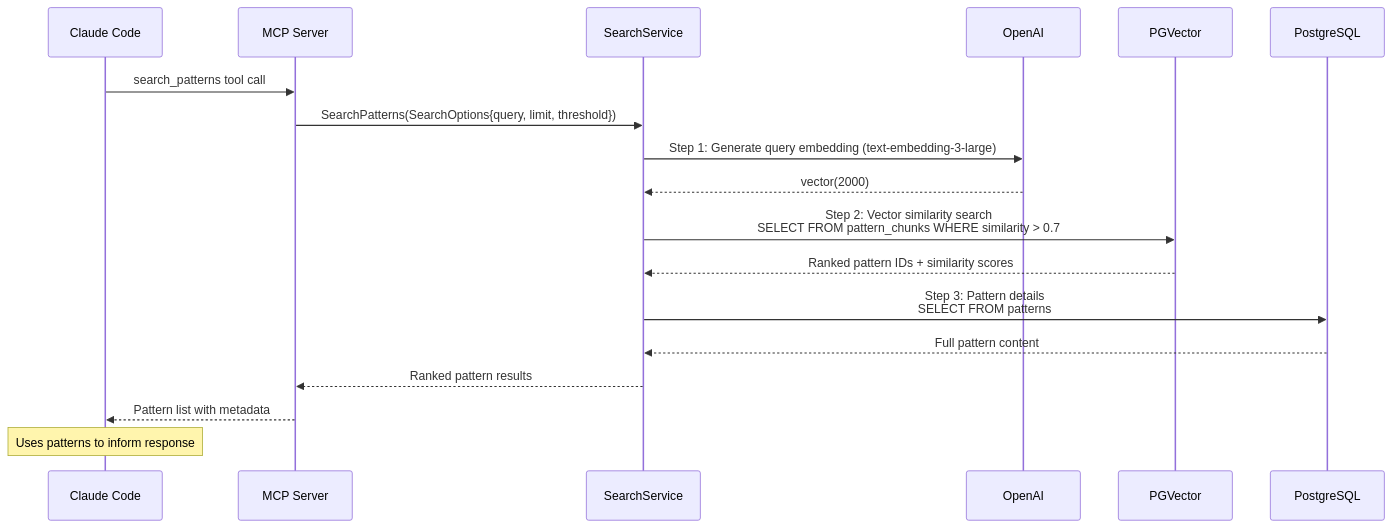
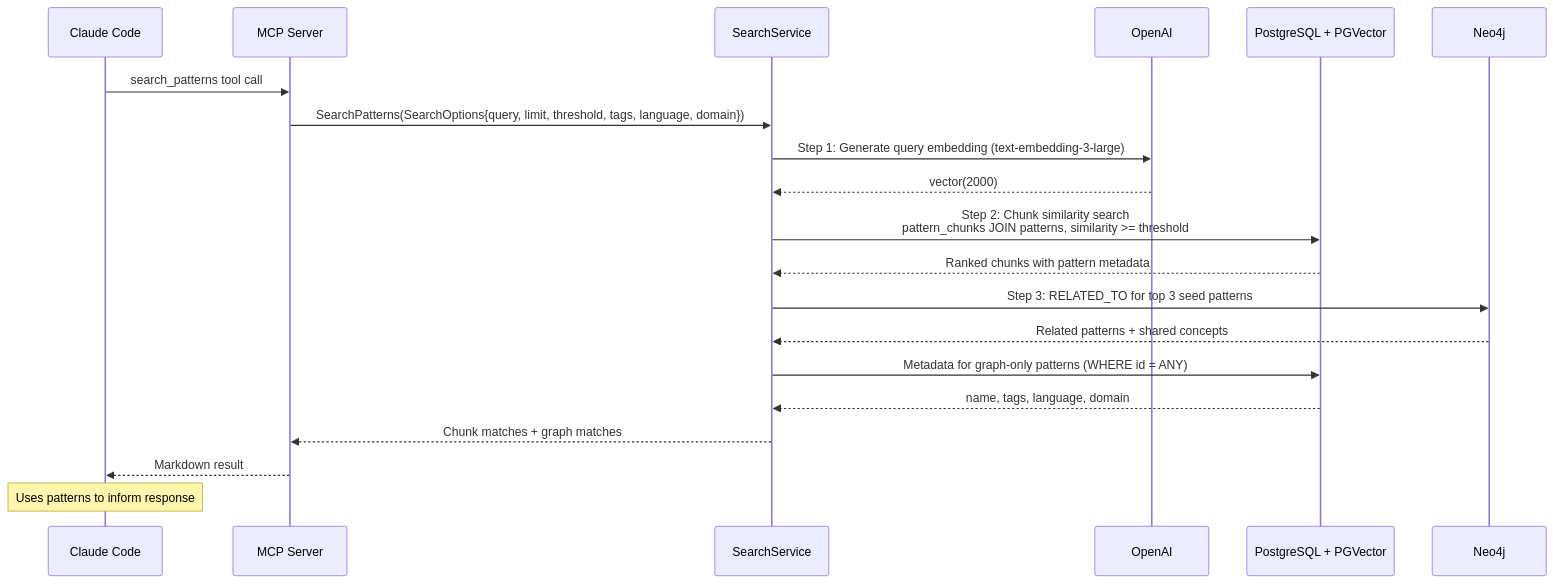
The fifth of 5 diagrams in docs/architecture/system/05-database-integration-flow.md (twistingmercury/mnemonic-docs), drawn with Mermaid before and after one commit. The commit also changed other lines of this file and 41 other files, not shown here.

````diff
--- a/docs/architecture/system/05-database-integration-flow.md
+++ b/docs/architecture/system/05-database-integration-flow.md
@@ -437,26 +526,28 @@
 ```mermaid
 sequenceDiagram
     participant CC as Claude Code
     participant MCP as MCP Server
     participant SVC as SearchService
     participant OAI as OpenAI
-    participant PGV as PGVector
-    participant PG as PostgreSQL
+    participant PG as PostgreSQL + PGVector
+    participant N4J as Neo4j
 
     CC->>MCP: search_patterns tool call
-    MCP->>SVC: SearchPatterns(SearchOptions{query, limit, threshold})
+    MCP->>SVC: SearchPatterns(SearchOptions{query, limit, threshold, tags, language, domain})
 
     SVC->>OAI: Step 1: Generate query embedding (text-embedding-3-large)
     OAI-->>SVC: vector(2000)
 
-    SVC->>PGV: Step 2: Vector similarity search<br/>SELECT FROM pattern_chunks WHERE similarity > 0.7
-    PGV-->>SVC: Ranked pattern IDs + similarity scores
+    SVC->>PG: Step 2: Chunk similarity search<br/>pattern_chunks JOIN patterns, similarity >= threshold
+    PG-->>SVC: Ranked chunks with pattern metadata
 
-    SVC->>PG: Step 3: Pattern details<br/>SELECT FROM patterns
-    PG-->>SVC: Full pattern content
+    SVC->>N4J: Step 3: RELATED_TO for top 3 seed patterns
+    N4J-->>SVC: Related patterns + shared concepts
+    SVC->>PG: Metadata for graph-only patterns (WHERE id = ANY)
+    PG-->>SVC: name, tags, language, domain
 
-    SVC-->>MCP: Ranked pattern results
-    MCP-->>CC: Pattern list with metadata
+    SVC-->>MCP: Chunk matches + graph matches
+    MCP-->>CC: Markdown result
 
     Note over CC: Uses patterns to inform response
 ```
````
